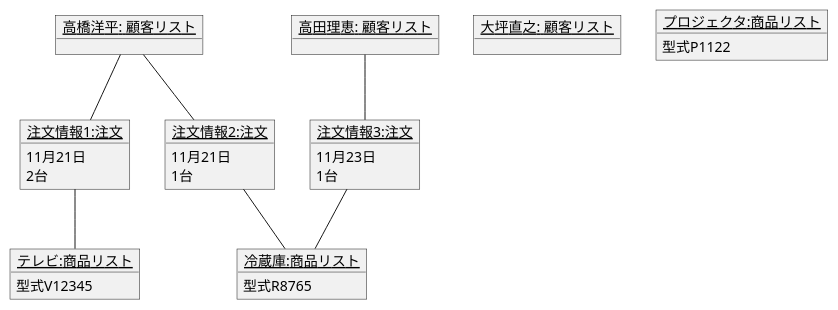
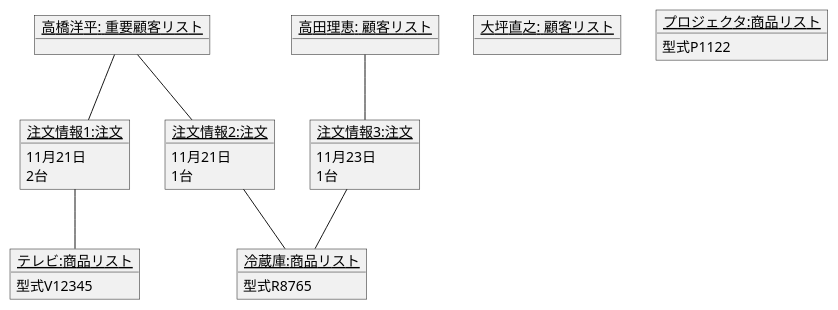
Before and after one commit to papipuponpon/uml-introduction: the diagram in 演習3-7_OBJ_注文のオブジェクト図.pu, drawn with PlantUML.

Commit message:
演習3-7

```diff
--- a/演習3-7_OBJ_注文のオブジェクト図.pu
+++ b/演習3-7_OBJ_注文のオブジェクト図.pu
@@ -1,39 +1,48 @@
 @startuml
 ' left to right direction
-object "<u>高橋洋平: 顧客リスト</u>" as k1 {
+object "<u>高橋洋平: 重要顧客リスト</u>" as k1 {
 
 }
+
 object "<u>高田理恵: 顧客リスト</u>" as k2 {
 
 }
+
 object "<u>大坪直之: 顧客リスト</u>" as k3 {
 
 }
+
 object "<u>注文情報1:注文</u>" as t1 {
     11月21日
     2台
 }
+
 object "<u>注文情報2:注文</u>" as t2 {
     11月21日
     1台
 }
+
 object "<u>注文情報3:注文</u>" as t3 {
     11月23日
     1台
 }
+
 object "<u>テレビ:商品リスト</u>" as s1 {
     型式V12345
 }
+
 object "<u>冷蔵庫:商品リスト</u>" as s2 {
     型式R8765
 }
+
 object "<u>プロジェクタ:商品リスト</u>" as s3 {
     型式P1122
 }
+
 k1 -down- t1
 t1 -- s1
 k1 -down- t2
 t2 -- s2
 k2 -down- t3
 t3 -- s2
 @enduml
```
